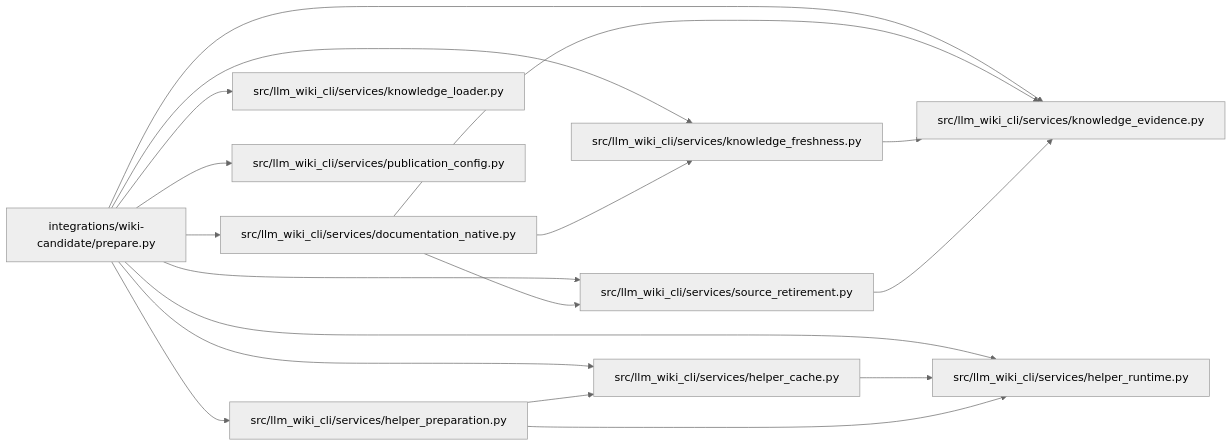
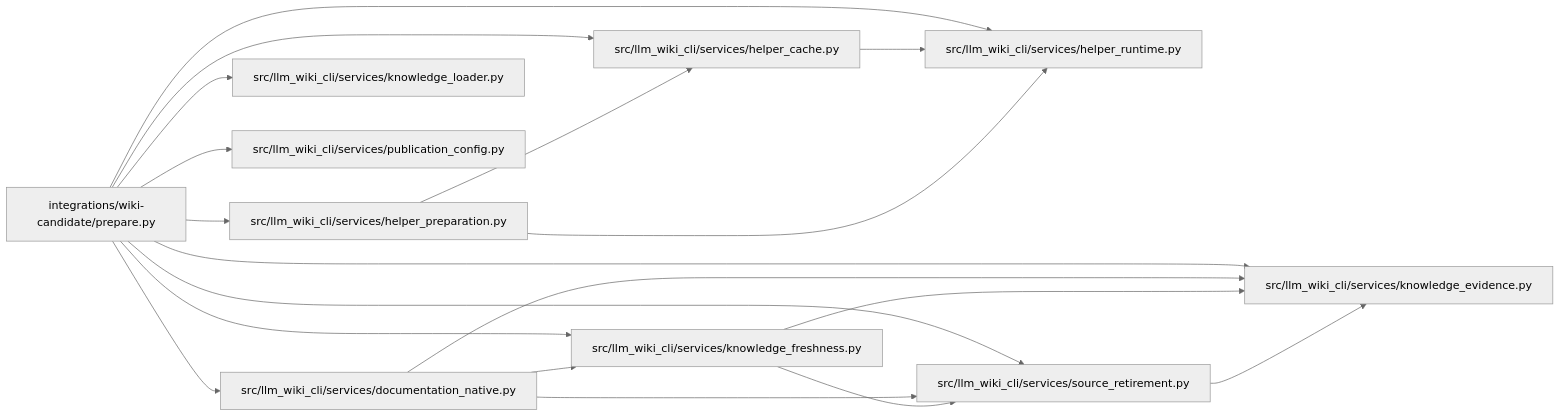
Before and after one commit to Denissvgn/python-wiki-llm: the diagram in docs/llm_wiki/modules/wiki-candidate_prepare.md, drawn with Mermaid (neutral theme). The commit also changed 537 other files, not shown here.

````diff
--- a/docs/llm_wiki/modules/wiki-candidate_prepare.md
+++ b/docs/llm_wiki/modules/wiki-candidate_prepare.md
@@ -33,40 +33,41 @@
 ```mermaid
 flowchart LR
     n0["integrations/wiki-candidate/prepare.py"]
     n1["src/llm_wiki_cli/services/documentation_native.py"]
     n2["src/llm_wiki_cli/services/helper_cache.py"]
     n3["src/llm_wiki_cli/services/helper_preparation.py"]
     n4["src/llm_wiki_cli/services/helper_runtime.py"]
     n5["src/llm_wiki_cli/services/knowledge_evidence.py"]
     n6["src/llm_wiki_cli/services/knowledge_freshness.py"]
     n7["src/llm_wiki_cli/services/knowledge_loader.py"]
     n8["src/llm_wiki_cli/services/publication_config.py"]
     n9["src/llm_wiki_cli/services/source_retirement.py"]
     n0 --> n1
     n0 --> n2
     n0 --> n3
     n0 --> n4
     n0 --> n5
     n0 --> n6
     n0 --> n7
     n0 --> n8
     n0 --> n9
     n1 --> n5
     n1 --> n6
     n1 --> n9
     n2 --> n4
     n3 --> n2
     n3 --> n4
     n6 --> n5
+    n6 --> n9
     n9 --> n5
     click n0 "../modules/wiki-candidate_prepare.md"
     click n1 "../modules/documentation_native.md"
     click n2 "../modules/helper_cache.md"
     click n3 "../modules/helper_preparation.md"
     click n4 "../modules/helper_runtime.md"
     click n5 "../modules/knowledge_evidence.md"
     click n6 "../modules/knowledge_freshness.md"
     click n7 "../modules/knowledge_loader.md"
     click n8 "../modules/publication_config.md"
     click n9 "../modules/source_retirement.md"
 ```
````
